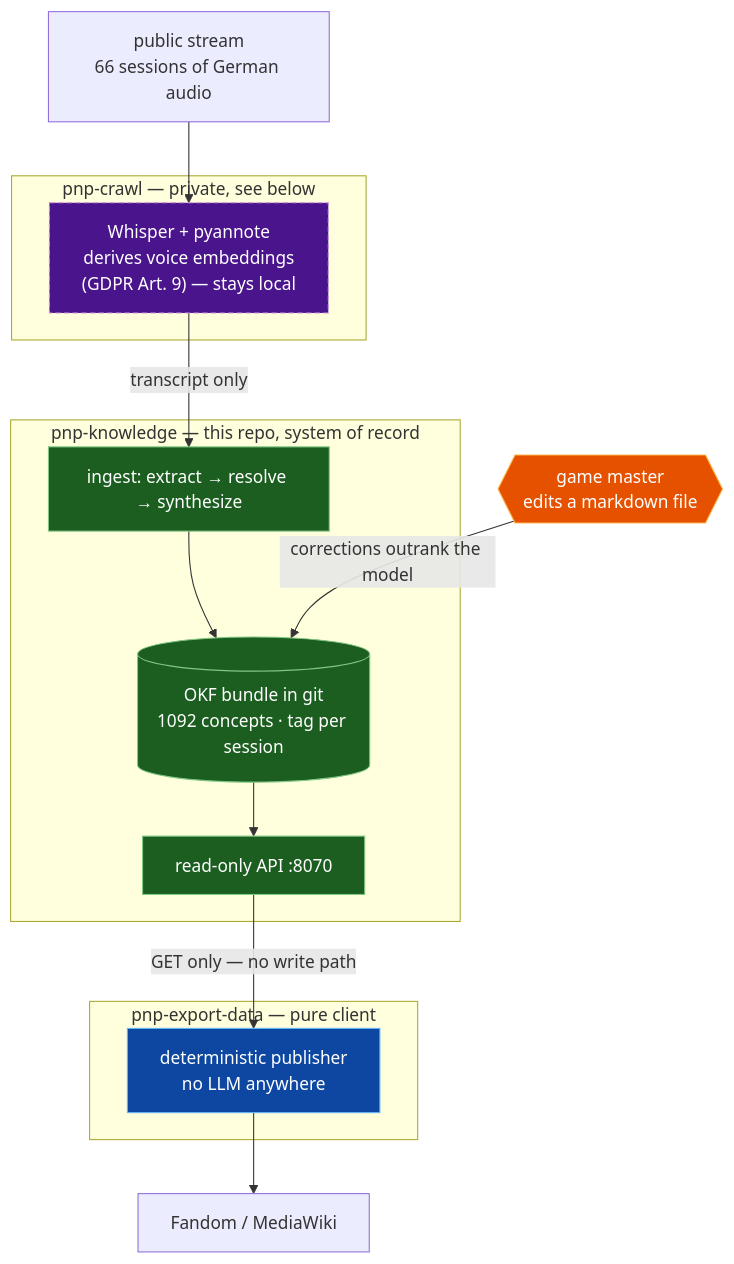
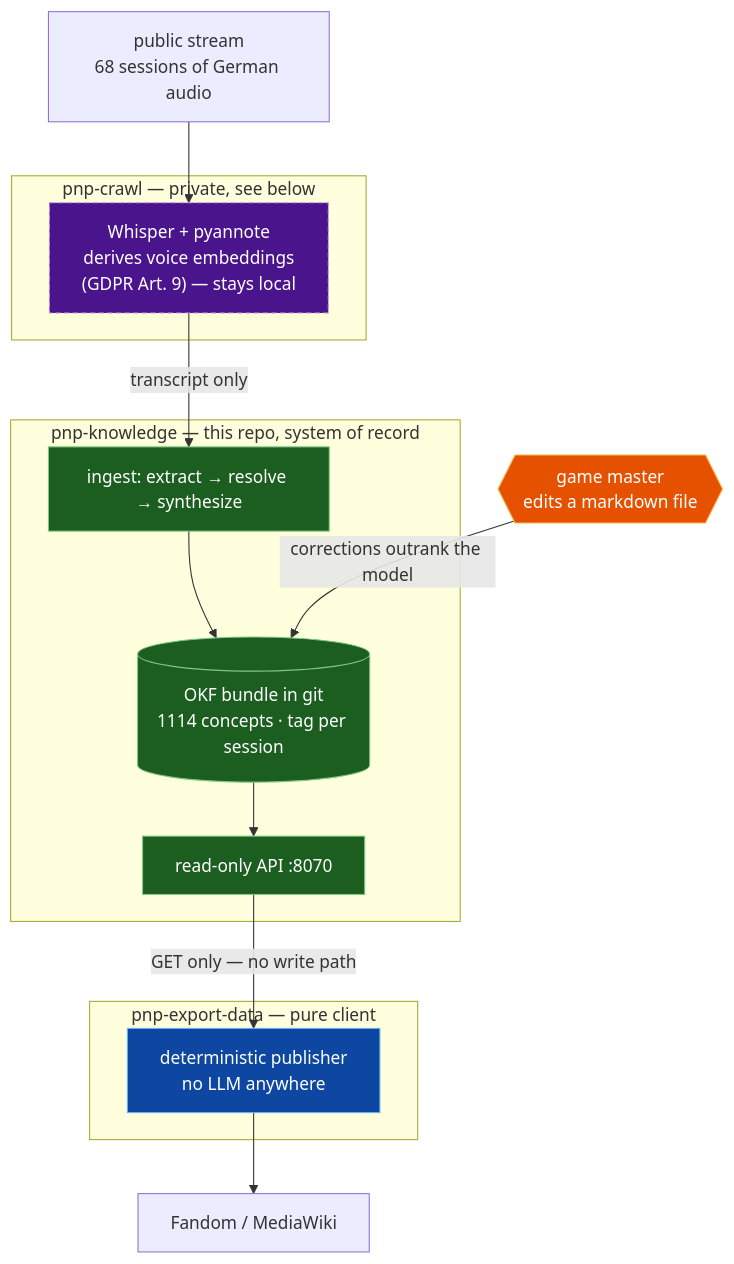
Before and after one commit to TimTyriell/pnp-knowledge: the diagram in README.md, drawn with Mermaid. The commit also changed other lines of this file and 8 other files, not shown here.

````diff
--- a/README.md
+++ b/README.md
@@ -18,32 +18,32 @@
 ```mermaid
 flowchart TB
     classDef private fill:#4a148c,stroke:#ce93d8,color:#fff,stroke-dasharray: 5 3
     classDef core fill:#1b5e20,stroke:#81c784,color:#fff
     classDef client fill:#0d47a1,stroke:#64b5f6,color:#fff
     classDef human fill:#e65100,stroke:#ffb74d,color:#fff
 
-    YT["public stream<br/>66 sessions of German audio"]
+    YT["public stream<br/>68 sessions of German audio"]
 
     subgraph S1 ["pnp-crawl — private, see below"]
         CRAWL["Whisper + pyannote<br/>derives voice embeddings<br/>(GDPR Art. 9) — stays local"]:::private
     end
 
     subgraph S2 ["pnp-knowledge — this repo, system of record"]
         KB["ingest: extract → resolve → synthesize"]:::core
-        BUNDLE[("OKF bundle in git<br/>1092 concepts · tag per session")]:::core
+        BUNDLE[("OKF bundle in git<br/>1114 concepts · tag per session")]:::core
         API["read-only API :8070"]:::core
         KB --> BUNDLE --> API
     end
 
     subgraph S3 ["pnp-export-data — pure client"]
         WIKI["deterministic publisher<br/>no LLM anywhere"]:::client
     end
 
     GM{{"game master<br/>edits a markdown file"}}:::human
 
     YT --> CRAWL
     CRAWL -->|"transcript only"| KB
     API -->|"GET only — no write path"| WIKI
     WIKI --> FANDOM["Fandom / MediaWiki"]
     GM -->|"corrections outrank the model"| BUNDLE
 ```
````
